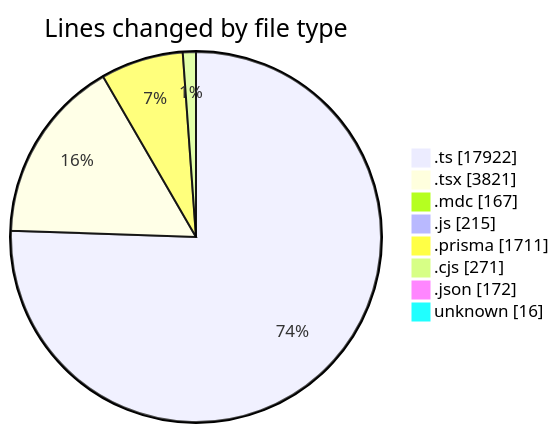
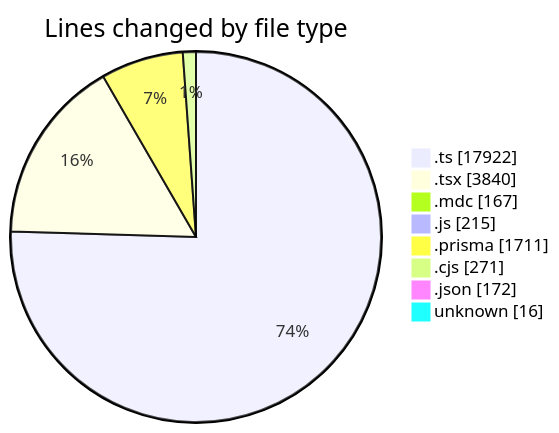
The first of 2 diagrams in 2025-06-06/ecodeli-1/README.md (CELIANVF/code-tracking), drawn with Mermaid before and after one commit. The commit also changed other lines of this file and 1 other file, not shown here.

````diff
--- a/2025-06-06/ecodeli-1/README.md
+++ b/2025-06-06/ecodeli-1/README.md
@@ -90,12 +90,12 @@
 ```mermaid
 pie showData
 title Lines changed by file type
 ".ts" : 17922
-".tsx" : 3821
+".tsx" : 3840
 ".mdc" : 167
 ".js" : 215
 ".prisma" : 1711
 ".cjs" : 271
 ".json" : 172
 "unknown" : 16
 ```
````
